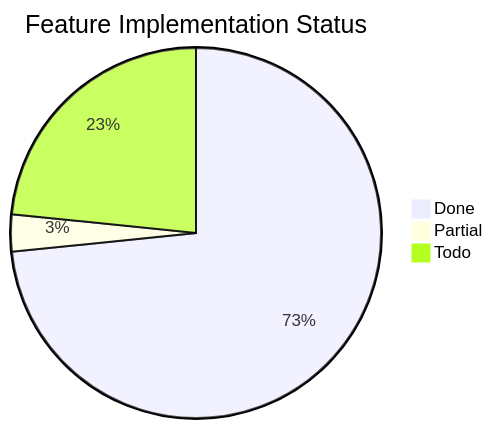
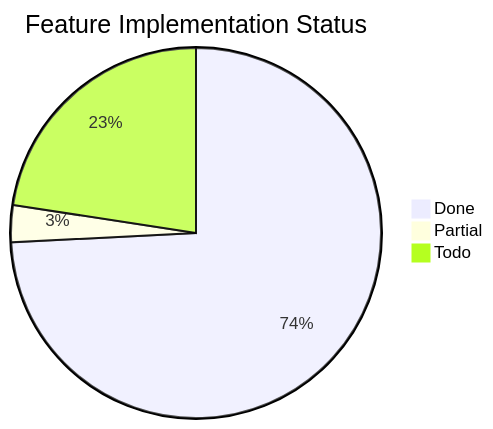
The third of 3 diagrams in docs/word-features.md (Papyrine/Morph), drawn with Mermaid before and after one commit. The commit also changed other lines of this file and 16 other files, not shown here.

````diff
--- a/docs/word-features.md
+++ b/docs/word-features.md
@@ -1850,6 +1855,6 @@
 ```mermaid
 pie title Feature Implementation Status
-    "Done" : 91
+    "Done" : 92
     "Partial" : 4
-    "Todo" : 29
+    "Todo" : 28
 ```
````
